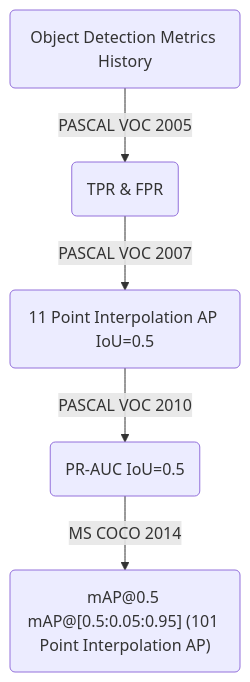
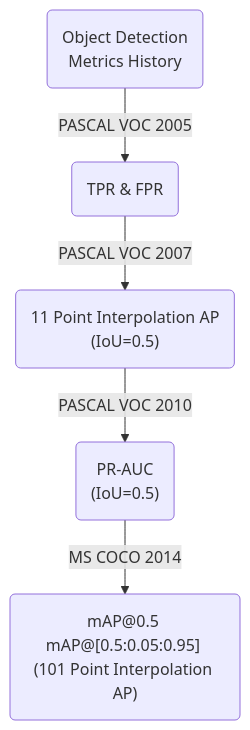
Before and after one commit to junxnone/aiwiki: the diagram in docs/0230_ML_Metrics_Detection.md, drawn with Mermaid. The commit also changed other lines of this file, not shown here.

Commit message:
Add new comment

````diff
--- a/docs/0230_ML_Metrics_Detection.md
+++ b/docs/0230_ML_Metrics_Detection.md
@@ -65,11 +65,14 @@
 ```mermaid
 
 
+
 graph TD
-    O(Object Detection Metrics History)--> |PASCAL VOC 2005| V1(TPR & FPR)
-    V1 --> |PASCAL VOC 2007| V2(11 Point Interpolation AP IoU=0.5)
-    V2 --> |PASCAL VOC 2010| V3(PR-AUC IoU=0.5)
-    V3 --> |MS COCO 2014| V4("mAP@0.5 mAP@[0.5:0.05:0.95] (101 Point Interpolation AP)")
+    O(Object Detection \n Metrics History)--> |PASCAL VOC 2005| V1(TPR & FPR)
+    V1 --> |PASCAL VOC 2007| V2("11 Point Interpolation AP \n (IoU=0.5)")
+    V2 --> |PASCAL VOC 2010| V3("PR-AUC \n (IoU=0.5)")
+    V3 --> |MS COCO 2014| V4("mAP@0.5 mAP@[0.5:0.05:0.95] \n(101 Point Interpolation AP)")
+
+
 
 
 ```
````
